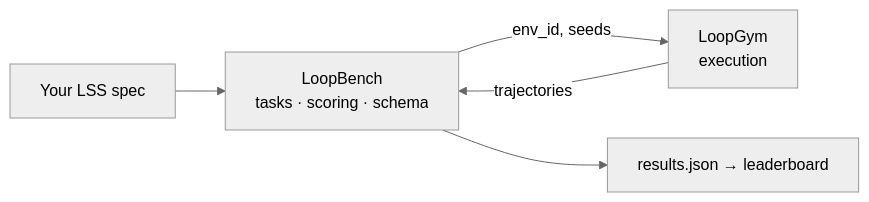
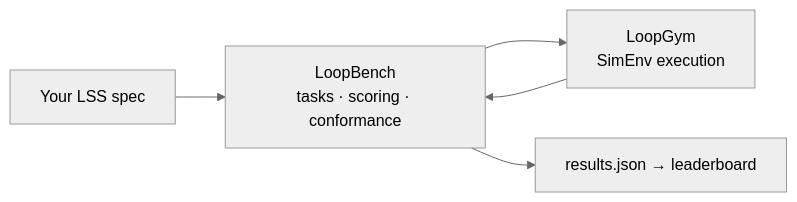
The diagram in README.md (KanakMalpani/LoopBench), drawn with Mermaid (neutral theme) before and after one commit. The commit also changed other lines of this file, not shown here.

````diff
--- a/README.md
+++ b/README.md
@@ -39,12 +57,12 @@
 ```mermaid
 flowchart LR
-  YOU[Your LSS spec]
-  LB[LoopBench<br/>tasks · scoring · schema]
-  LG[LoopGym<br/>execution]
-  OUT[results.json → leaderboard]
+  YOU["Your LSS spec"]
+  LB["LoopBench<br/>tasks · scoring · conformance"]
+  LG["LoopGym<br/>SimEnv execution"]
+  OUT["results.json → leaderboard"]
 
   YOU --> LB
-  LB -->|env_id, seeds| LG
-  LG -->|trajectories| LB
+  LB --> LG
+  LG --> LB
   LB --> OUT
 ```
````
